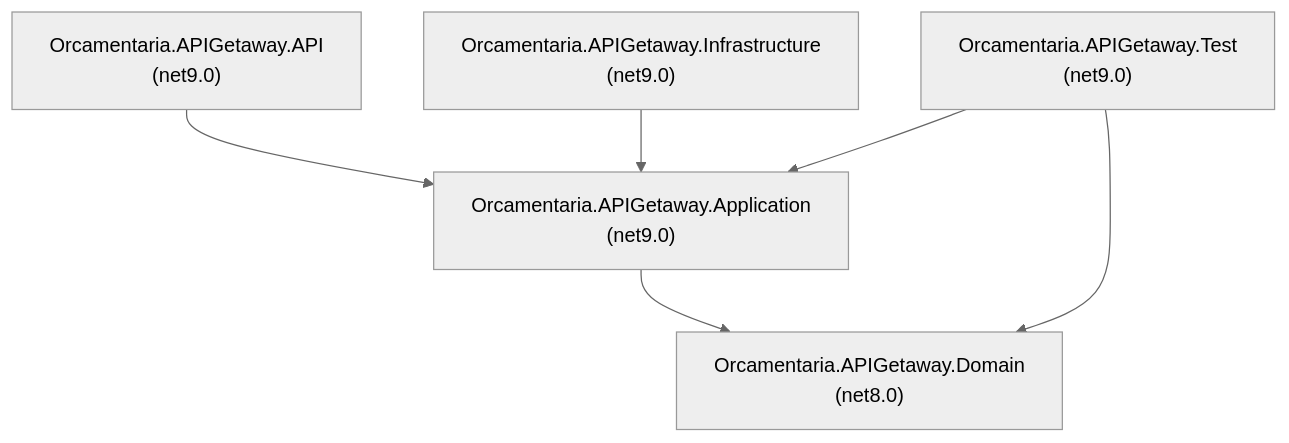
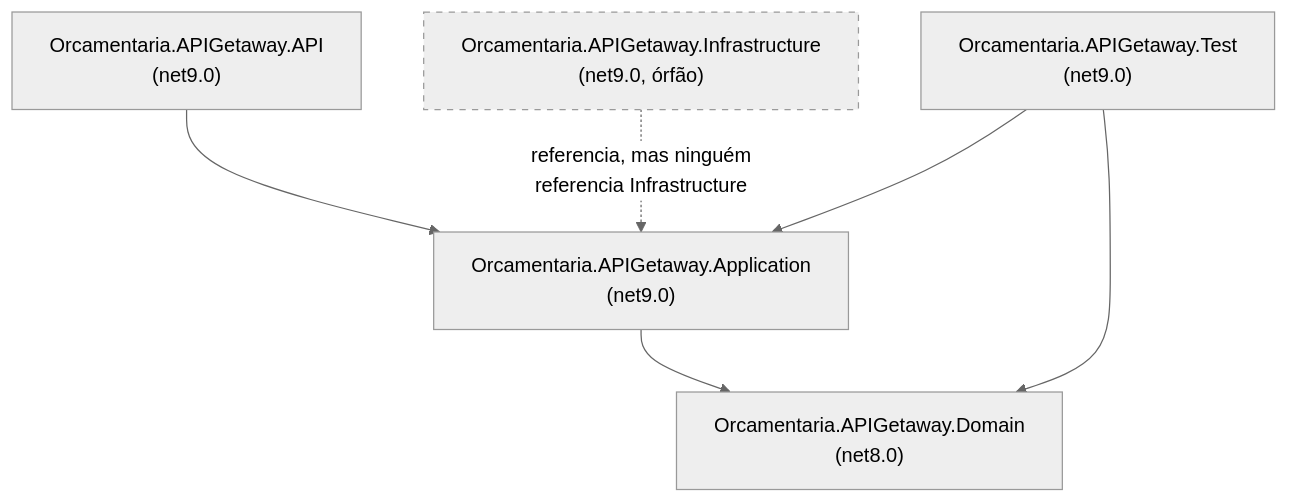
One commit to orcamentaria-microservice/Orcamentaria.APIGetaway changed the third of 3 diagrams in README.md. Above: the diagram before and after it, drawn with Mermaid (neutral theme). The commit also changed other lines of this file, not shown here.

````diff
--- a/README.md
+++ b/README.md
@@ -382,14 +405,16 @@
 ```mermaid
 flowchart TD
     API["Orcamentaria.APIGetaway.API<br/>(net9.0)"]
     APPLICATION["Orcamentaria.APIGetaway.Application<br/>(net9.0)"]
     DOMAIN["Orcamentaria.APIGetaway.Domain<br/>(net8.0)"]
-    INFRASTRUCTURE["Orcamentaria.APIGetaway.Infrastructure<br/>(net9.0)"]
+    INFRASTRUCTURE["Orcamentaria.APIGetaway.Infrastructure<br/>(net9.0, órfão)"]
     TEST["Orcamentaria.APIGetaway.Test<br/>(net9.0)"]
 
     API --> APPLICATION
     APPLICATION --> DOMAIN
-    INFRASTRUCTURE --> APPLICATION
+    INFRASTRUCTURE -.->|"referencia, mas ninguém<br/>referencia Infrastructure"| APPLICATION
     TEST --> APPLICATION
     TEST --> DOMAIN
+
+    style INFRASTRUCTURE stroke-dasharray: 5 5
 ```
````
